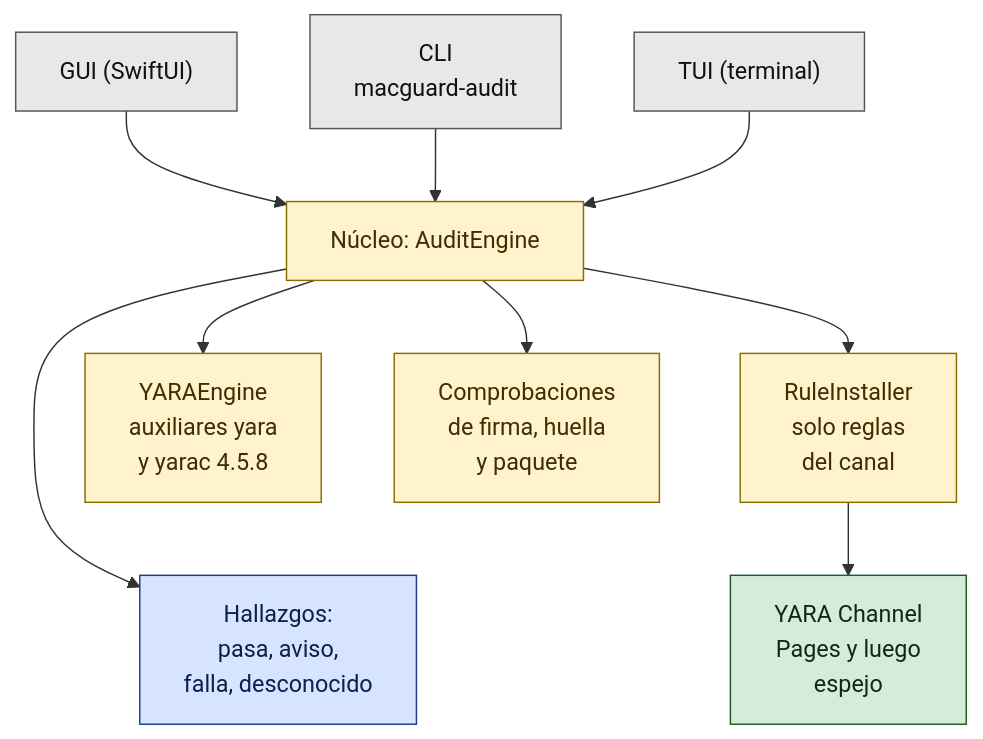
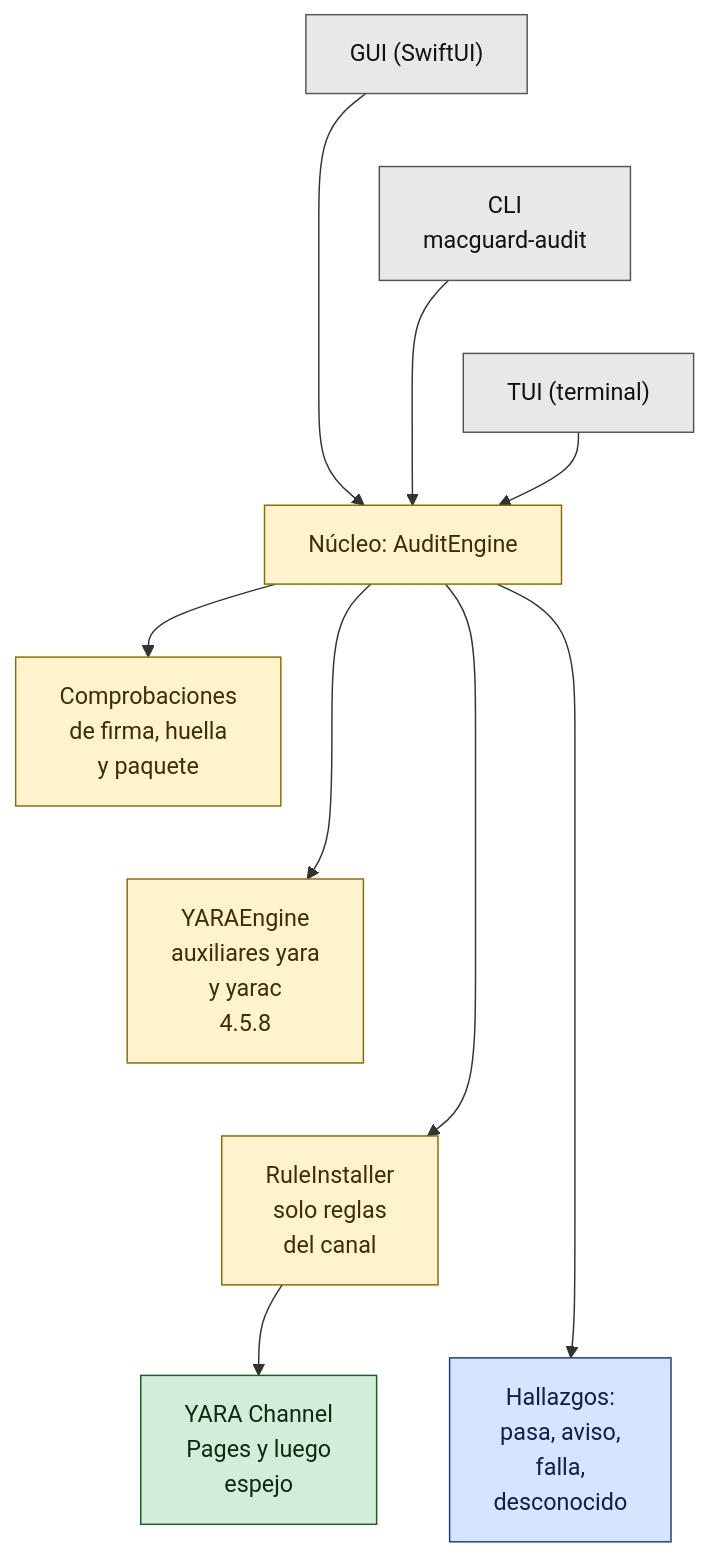
The diagram in docs/wiki/diagrams/installer-auditor-core.es.mmd (MacGuard/macguard-yara-channel), drawn with Mermaid before and after one commit. The commit also changed 220 other files, not shown here.

Commit message:
docs(wiki): licence notices draft, mobile-readable split diagrams (min 10 px at 390 px), shared size measurement, screenshot tool

```diff
--- a/docs/wiki/diagrams/installer-auditor-core.es.mmd
+++ b/docs/wiki/diagrams/installer-auditor-core.es.mmd
@@ -1,15 +1,16 @@
 flowchart TB
   GUI["GUI (SwiftUI)"]:::fe --> CORE
   CLI["CLI<br/>macguard-audit"]:::fe --> CORE
   TUI["TUI (terminal)"]:::fe --> CORE
   CORE["Núcleo: AuditEngine"]:::core
   CORE --> SIG["Comprobaciones<br/>de firma, huella<br/>y paquete"]:::core
-  CORE --> YE["YARAEngine<br/>auxiliares yara<br/>y yarac 4.5.8"]:::core
+  CORE --> YE["YARAEngine<br/>auxiliares yara<br/>y yarac<br/>4.5.8"]:::core
   CORE --> RI["RuleInstaller<br/>solo reglas<br/>del canal"]:::core
   RI --> CH["YARA Channel<br/>Pages y luego<br/>espejo"]:::ext
-  CORE --> OUT["Hallazgos:<br/>pasa, aviso,<br/>falla, desconocido"]:::out
-  SIG ~~~ OUT
+  CORE --> OUT["Hallazgos:<br/>pasa, aviso,<br/>falla,<br/>desconocido"]:::out
+  GUI ~~~ CLI ~~~ TUI
+  SIG ~~~ YE ~~~ RI ~~~ OUT
   classDef fe fill:#e8e8e8,stroke:#555555,color:#111111
   classDef core fill:#fff3cd,stroke:#8a6d00,color:#3d2f00
   classDef ext fill:#d4edda,stroke:#1b5e20,color:#102a12
   classDef out fill:#d6e4ff,stroke:#1a3d8f,color:#0d1f4d
```
